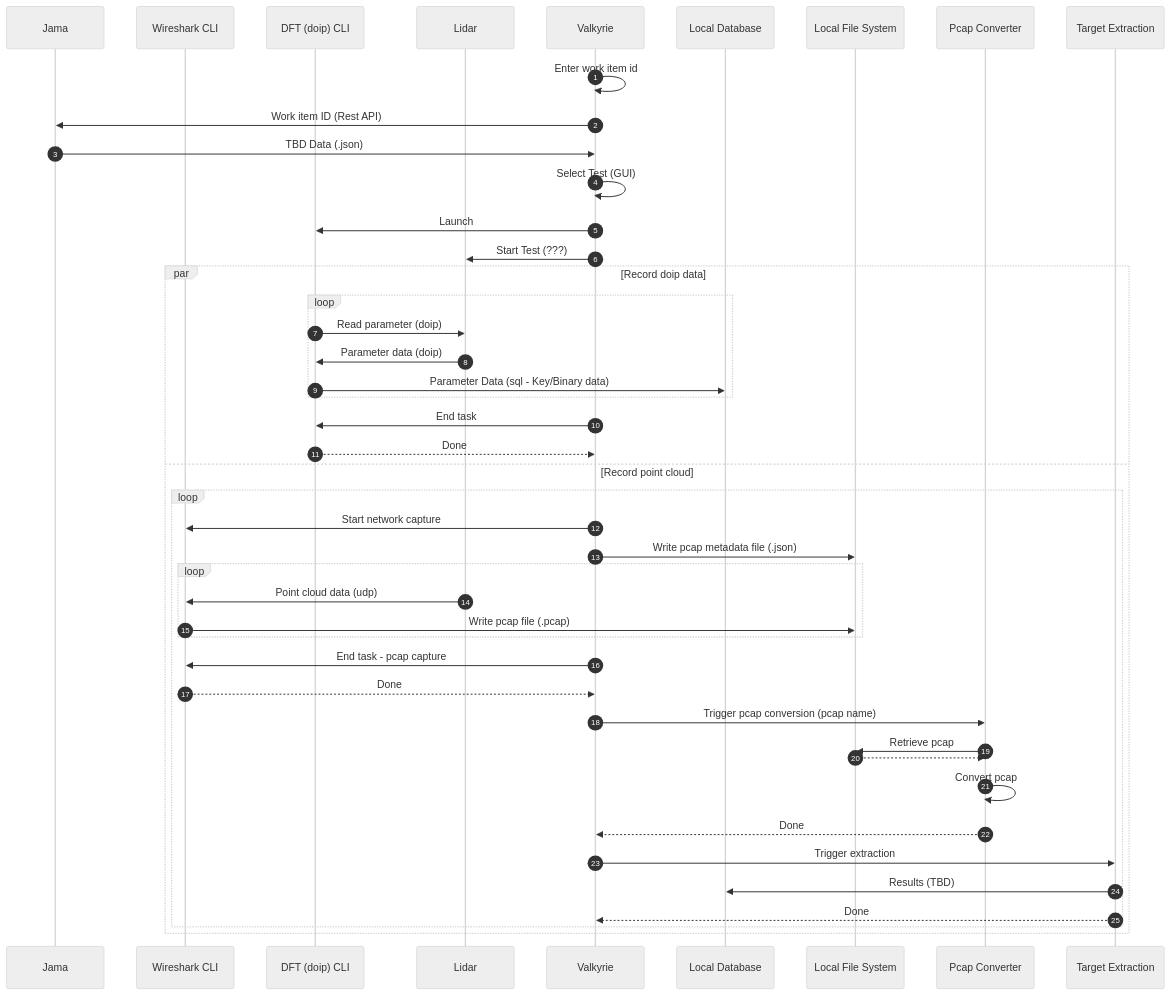
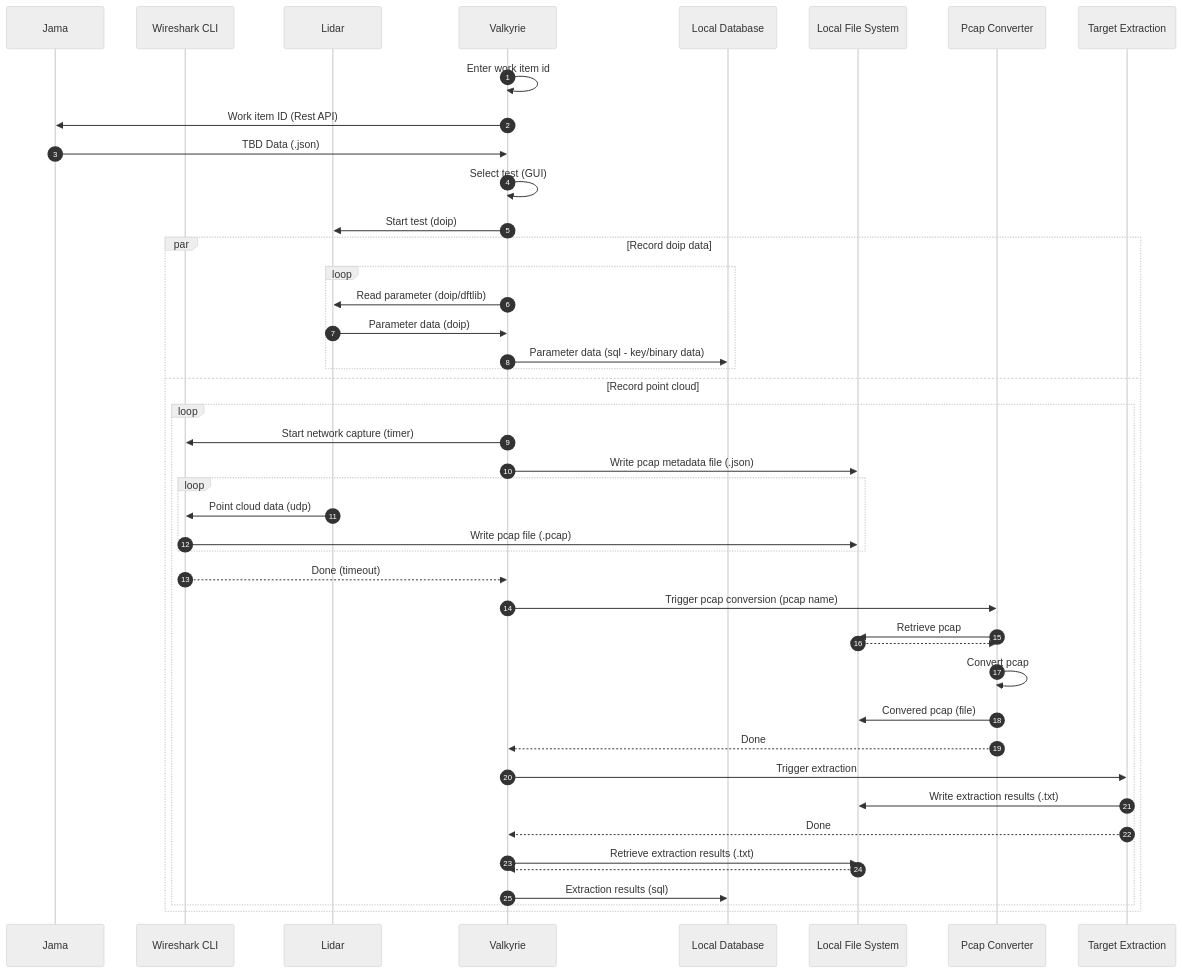
Before and after one commit to matthew-beisser/testing-automation-pipeline-3: the first of 3 diagrams in docs/architecture/architecture.md, drawn with Mermaid. The commit also changed other lines of this file, not shown here.

Commit message:
Updated docs (Data Collection) based upon feedback from Jeff

````diff
--- a/docs/architecture/architecture.md
+++ b/docs/architecture/architecture.md
@@ -45,58 +45,56 @@
 ```mermaid
 %%{
     init: {'theme': 'neutral' }
 }%%
 
 sequenceDiagram
     autonumber
 
     Participant Jama
     Participant WS as Wireshark CLI
-    Participant DFT as DFT (doip) CLI
     Participant Lidar
     Participant Valk as Valkyrie
     Participant DB as Local Database
     Participant FS as Local File System
     Participant PConvert as Pcap Converter
     Participant TE as Target Extraction
 
     Valk->>Valk: Enter work item id
     Valk->>Jama: Work item ID (Rest API)
     Jama->>Valk: TBD Data (.json)
-    Valk->>Valk: Select Test (GUI)
-    
-    Valk->>DFT: Launch  
+    Valk->>Valk: Select test (GUI)
 
-    Valk->>Lidar: Start Test (???)
+    Valk->>Lidar: Start test (doip)
 
     par Record doip data
         loop 
-            DFT->>Lidar: Read parameter (doip)
-            Lidar->>DFT: Parameter data (doip)
-            DFT->>DB: Parameter Data (sql - Key/Binary data)
+            Valk->>Lidar: Read parameter (doip/dftlib)
+            Lidar->>Valk: Parameter data (doip)
+            Valk->>DB: Parameter data (sql - key/binary data)
         end
-        Valk->>DFT: End task
-        DFT-->>Valk: Done
     and Record point cloud
         loop 
-            Valk->>WS: Start network capture
+            Valk->>WS: Start network capture (timer)
             Valk->>FS: Write pcap metadata file (.json)
             
             loop
                 Lidar->>WS: Point cloud data (udp)
                 WS->>FS: Write pcap file (.pcap)
             end
 
-            Valk->>WS: End task - pcap capture
-            WS-->>Valk: Done
+            WS-->>Valk: Done (timeout)
             Valk->>PConvert: Trigger pcap conversion (pcap name)
             PConvert->>FS: Retrieve pcap
             FS-->>PConvert: 
             PConvert->>PConvert: Convert pcap
+            PConvert->>FS: Convered pcap (file)
             PConvert-->>Valk: Done
             Valk->>TE: Trigger extraction
-            TE->>DB: Results (TBD)
+            TE->>FS: Write extraction results (.txt)
             TE-->>Valk: Done
+            Valk->>FS: Retrieve extraction results (.txt)
+            FS-->>Valk: 
+            Valk->>DB: Extraction results (sql)
         end
     end
 ```
````
